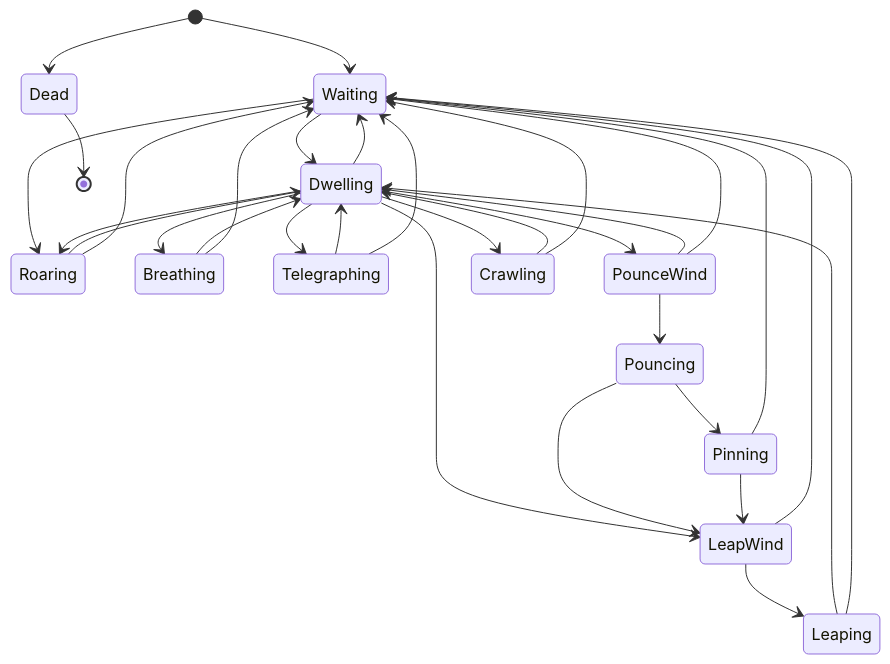
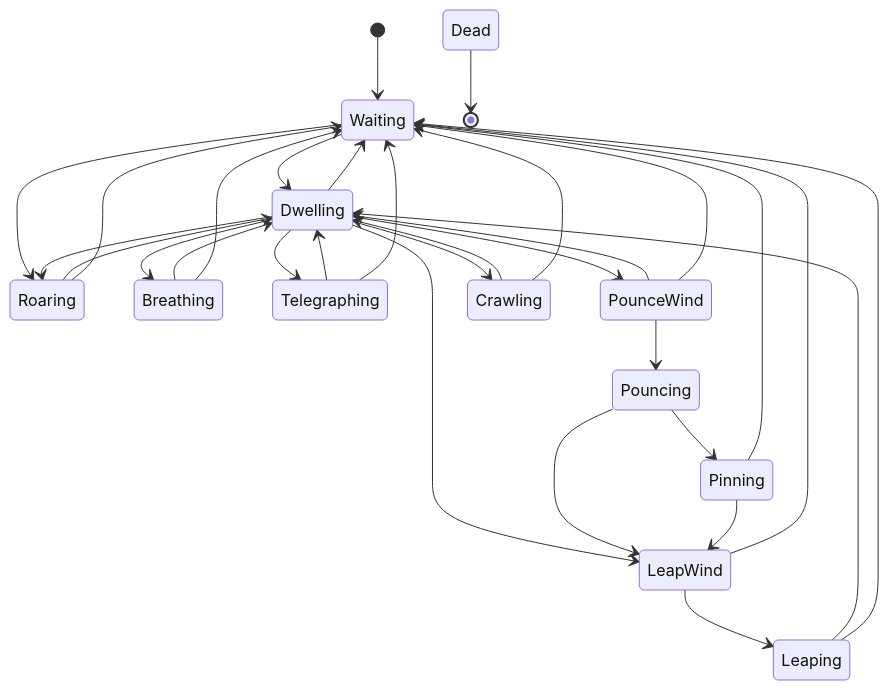
Before and after one commit to Kobu-Labs/drycastle: the ninth of 32 diagrams in docs/state-machines.md, drawn with Mermaid. The commit also changed other lines of this file and 7 other files, not shown here.

````diff
--- a/docs/state-machines.md
+++ b/docs/state-machines.md
@@ -222,34 +224,33 @@
 ```mermaid
 stateDiagram-v2
     [*] --> Waiting
     Waiting --> Dwelling
     Waiting --> Roaring
     Dwelling --> Roaring
     Dwelling --> LeapWind
     Dwelling --> Breathing
     Dwelling --> Telegraphing
     Dwelling --> PounceWind
     Dwelling --> Crawling
     Dwelling --> Waiting
     Crawling --> Dwelling
     Crawling --> Waiting
     Telegraphing --> Dwelling
     Telegraphing --> Waiting
     Roaring --> Dwelling
     Roaring --> Waiting
     Breathing --> Dwelling
     Breathing --> Waiting
     LeapWind --> Leaping
     LeapWind --> Waiting
     Leaping --> Dwelling
     Leaping --> Waiting
     PounceWind --> Pouncing
     PounceWind --> Dwelling
     PounceWind --> Waiting
     Pouncing --> Pinning
     Pouncing --> LeapWind
     Pinning --> LeapWind
     Pinning --> Waiting
-    [*] --> Dead
     Dead --> [*]
 ```
````
